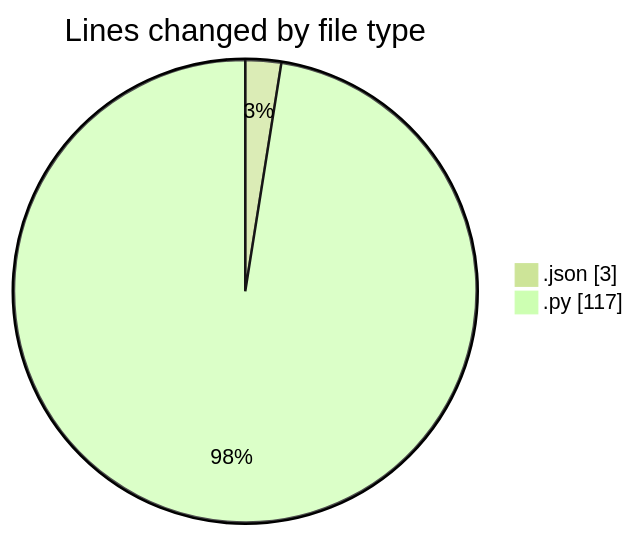
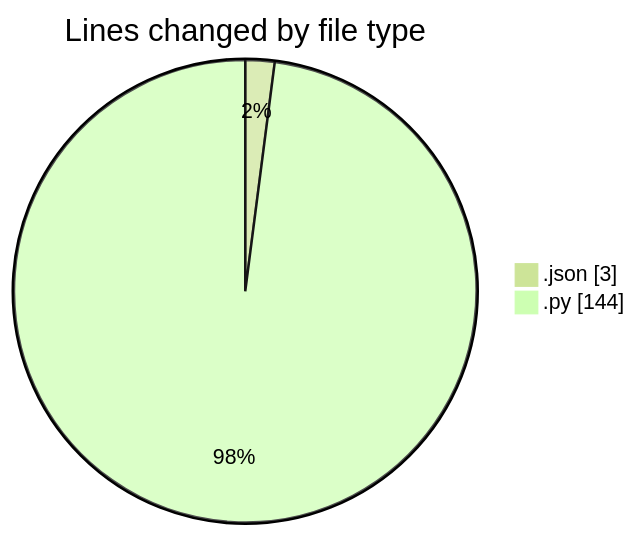
One commit to MatusMokan/code-tracking changed the first of 2 diagrams in 2025-10-08/untitled__workspace_/README.md. Above: the diagram before and after it, drawn with Mermaid (forest theme). The commit also changed other lines of this file and 1 other file, not shown here.

````diff
--- a/2025-10-08/untitled__workspace_/README.md
+++ b/2025-10-08/untitled__workspace_/README.md
@@ -21,6 +21,6 @@
 ```mermaid
 pie showData
 title Lines changed by file type
 ".json" : 3
-".py" : 117
+".py" : 144
 ```
````
